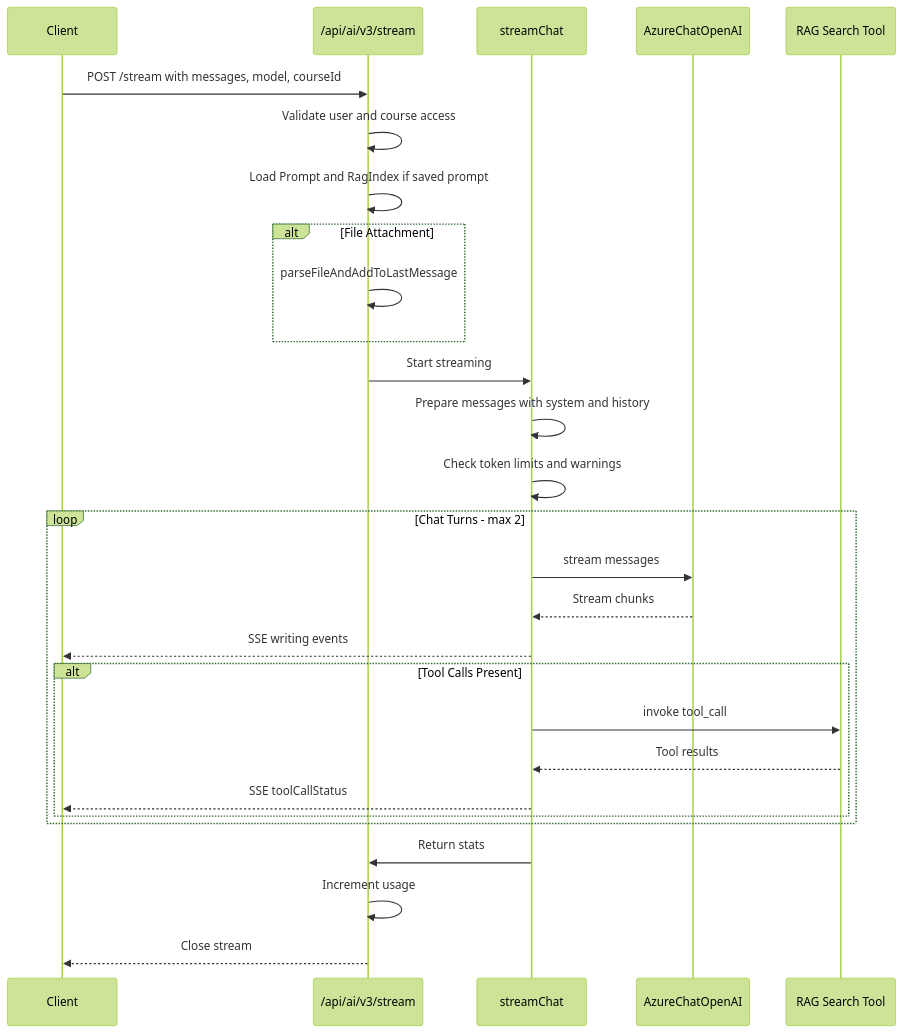
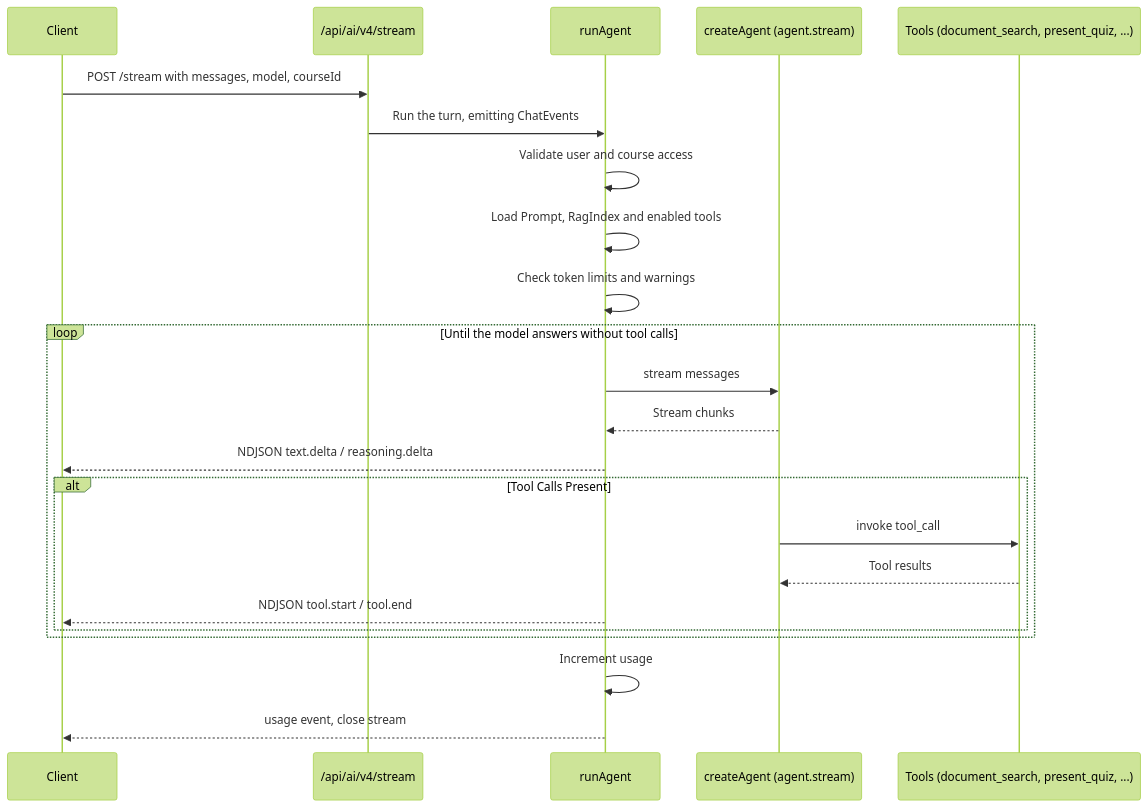
The second of 12 diagrams in documentation/system-architecture.md (UniversityOfHelsinkiCS/gptwrapper), drawn with Mermaid (forest theme) before and after one commit. The commit also changed other lines of this file and 18 other files, not shown here.

````diff
--- a/documentation/system-architecture.md
+++ b/documentation/system-architecture.md
@@ -47,36 +47,29 @@
 ```mermaid
 sequenceDiagram
     participant Client
-    participant v3Router as /api/ai/v3/stream
-    participant streamChat as streamChat
-    participant AzureChat as AzureChatOpenAI
-    participant Tools as RAG Search Tool
+    participant v4Router as /api/ai/v4/stream
+    participant runAgent as runAgent
+    participant Agent as createAgent (agent.stream)
+    participant Tools as Tools (document_search, present_quiz, ...)
 
-    Client->>v3Router: POST /stream with messages, model, courseId
-    v3Router->>v3Router: Validate user and course access
-    v3Router->>v3Router: Load Prompt and RagIndex if saved prompt
+    Client->>v4Router: POST /stream with messages, model, courseId
+    v4Router->>runAgent: Run the turn, emitting ChatEvents
+    runAgent->>runAgent: Validate user and course access
+    runAgent->>runAgent: Load Prompt, RagIndex and enabled tools
+    runAgent->>runAgent: Check token limits and warnings
 
-    alt File Attachment
-        v3Router->>v3Router: parseFileAndAddToLastMessage
-    end
-
-    v3Router->>streamChat: Start streaming
-    streamChat->>streamChat: Prepare messages with system and history
-    streamChat->>streamChat: Check token limits and warnings
-
-    loop Chat Turns - max 2
-        streamChat->>AzureChat: stream messages
-        AzureChat-->>streamChat: Stream chunks
-        streamChat-->>Client: SSE writing events
+    loop Until the model answers without tool calls
+        runAgent->>Agent: stream messages
+        Agent-->>runAgent: Stream chunks
+        runAgent-->>Client: NDJSON text.delta / reasoning.delta
 
         alt Tool Calls Present
-            streamChat->>Tools: invoke tool_call
-            Tools-->>streamChat: Tool results
-            streamChat-->>Client: SSE toolCallStatus
+            Agent->>Tools: invoke tool_call
+            Tools-->>Agent: Tool results
+            runAgent-->>Client: NDJSON tool.start / tool.end
         end
     end
 
-    streamChat->>v3Router: Return stats
-    v3Router->>v3Router: Increment usage
-    v3Router-->>Client: Close stream
+    runAgent->>runAgent: Increment usage
+    runAgent-->>Client: usage event, close stream
 ```
````
